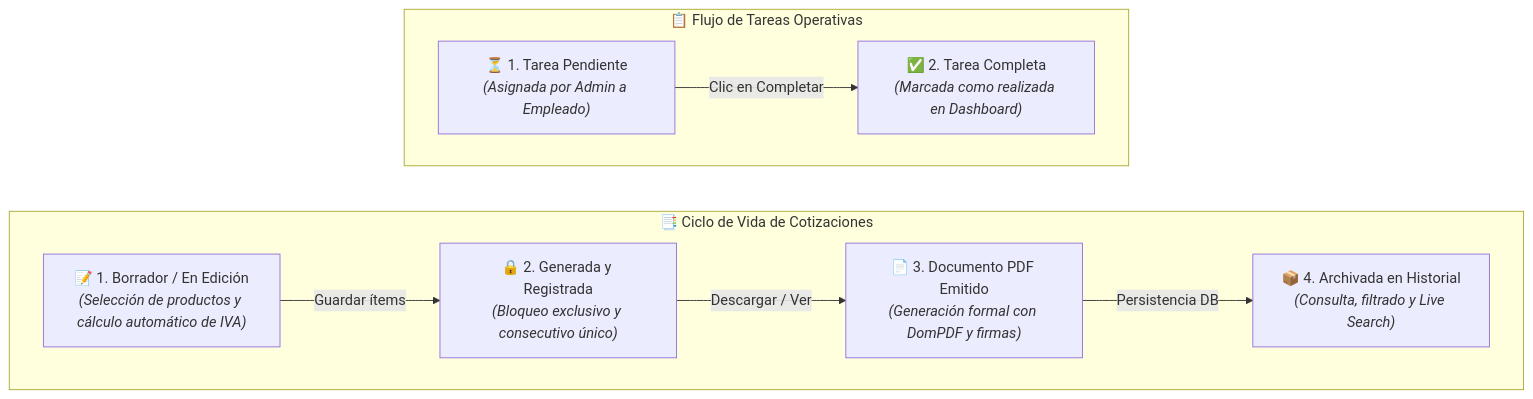
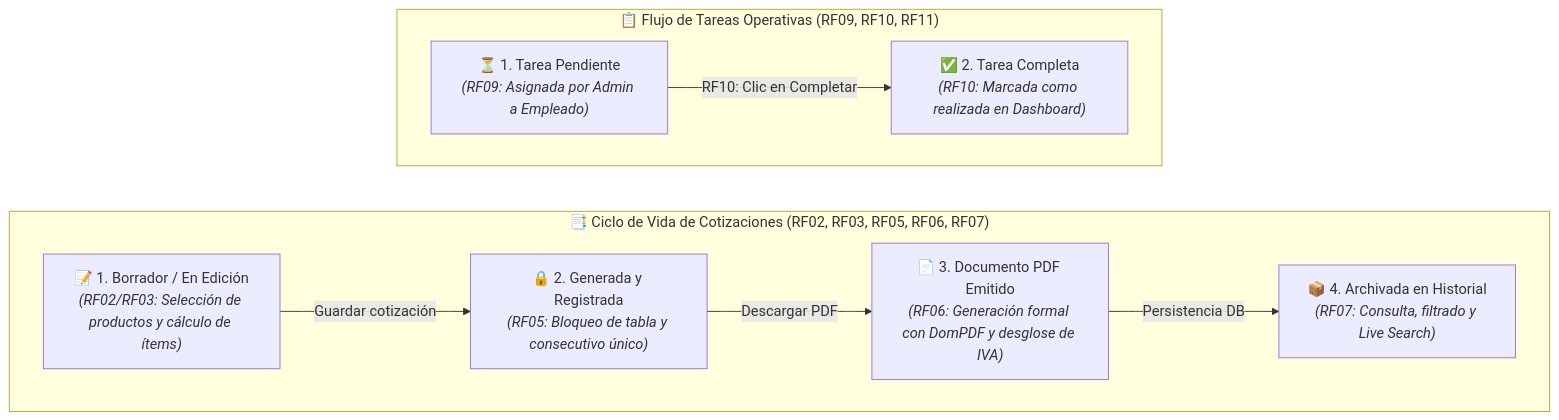
The first of 2 diagrams in docs/Especificacion_Requisitos.md (Santiago072/SistemaSodicol), drawn with Mermaid before and after one commit. The commit also changed other lines of this file, not shown here.

Commit message:
docs: mapear ciclo de vida y tareas a Requisitos Funcionales RF02-RF11

````diff
--- a/docs/Especificacion_Requisitos.md
+++ b/docs/Especificacion_Requisitos.md
@@ -14,22 +14,22 @@
 ```mermaid
 graph LR
-    subgraph COTIZACIONES["📑 Ciclo de Vida de Cotizaciones"]
+    subgraph COTIZACIONES["📑 Ciclo de Vida de Cotizaciones (RF02, RF03, RF05, RF06, RF07)"]
         direction LR
-        C1["📝 1. Borrador / En Edición<br/><i>(Selección de productos y cálculo automático de IVA)</i>"]
-        C2["🔒 2. Generada y Registrada<br/><i>(Bloqueo exclusivo y consecutivo único)</i>"]
-        C3["📄 3. Documento PDF Emitido<br/><i>(Generación formal con DomPDF y firmas)</i>"]
-        C4["📦 4. Archivada en Historial<br/><i>(Consulta, filtrado y Live Search)</i>"]
+        C1["📝 1. Borrador / En Edición<br/><i>(RF02/RF03: Selección de productos y cálculo de ítems)</i>"]
+        C2["🔒 2. Generada y Registrada<br/><i>(RF05: Bloqueo de tabla y consecutivo único)</i>"]
+        C3["📄 3. Documento PDF Emitido<br/><i>(RF06: Generación formal con DomPDF y desglose de IVA)</i>"]
+        C4["📦 4. Archivada en Historial<br/><i>(RF07: Consulta, filtrado y Live Search)</i>"]
 
-        C1 -->|"Guardar ítems"| C2
-        C2 -->|"Descargar / Ver"| C3
+        C1 -->|"Guardar cotización"| C2
+        C2 -->|"Descargar PDF"| C3
         C3 -->|"Persistencia DB"| C4
     end
 
-    subgraph TAREAS["📋 Flujo de Tareas Operativas"]
+    subgraph TAREAS["📋 Flujo de Tareas Operativas (RF09, RF10, RF11)"]
         direction LR
-        T1["⏳ 1. Tarea Pendiente<br/><i>(Asignada por Admin a Empleado)</i>"]
-        T2["✅ 2. Tarea Completa<br/><i>(Marcada como realizada en Dashboard)</i>"]
+        T1["⏳ 1. Tarea Pendiente<br/><i>(RF09: Asignada por Admin a Empleado)</i>"]
+        T2["✅ 2. Tarea Completa<br/><i>(RF10: Marcada como realizada en Dashboard)</i>"]
 
-        T1 -->|"Clic en Completar"| T2
+        T1 -->|"RF10: Clic en Completar"| T2
     end
 ```
````
